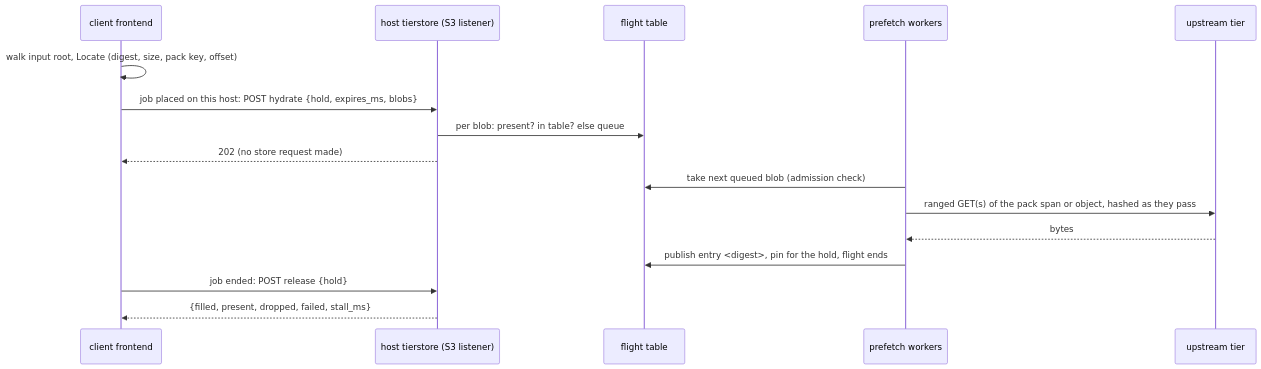
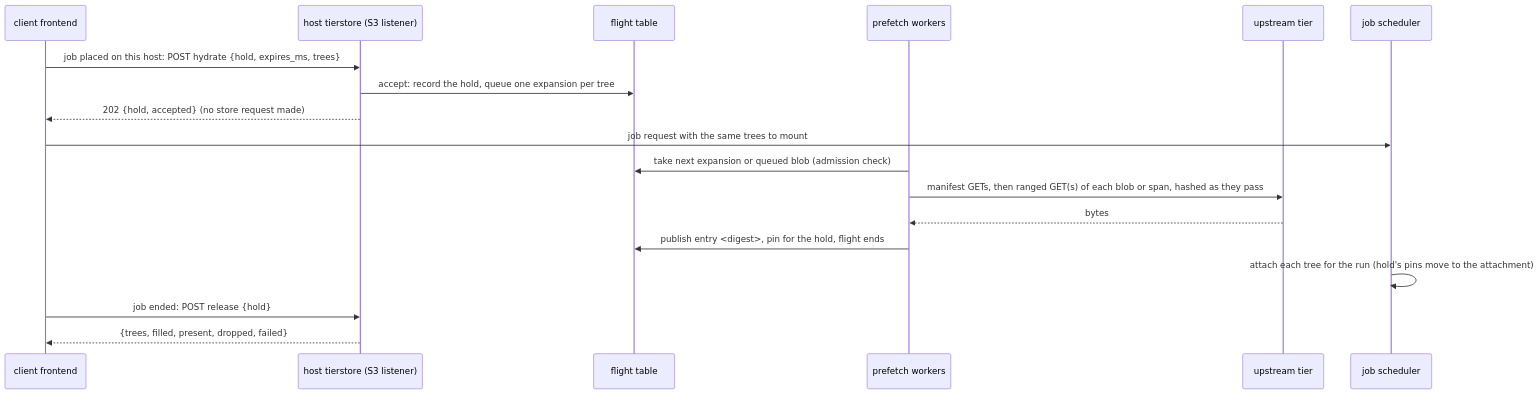
Before and after one commit to komira-ai/tierstore: the first of 6 diagrams in docs/design/prefetch-api.md, drawn with Mermaid. The commit also changed other lines of this file and 1 other file, not shown here.

First line of the commit message:
Prefetch design: the client sends the trees a job will mount; tierstore expands them, and the hold hands over to the attachment

````diff
--- a/docs/design/prefetch-api.md
+++ b/docs/design/prefetch-api.md
@@ -77,18 +118,20 @@
 ```mermaid
 sequenceDiagram
     participant F as client frontend
     participant H as host tierstore (S3 listener)
     participant T as flight table
     participant P as prefetch workers
     participant U as upstream tier
-    F->>F: walk input root, Locate (digest, size, pack key, offset)
-    F->>H: job placed on this host: POST hydrate {hold, expires_ms, blobs}
-    H->>T: per blob: present? in table? else queue
-    H-->>F: 202 (no store request made)
-    P->>T: take next queued blob (admission check)
-    P->>U: ranged GET(s) of the pack span or object, hashed as they pass
+    participant J as job scheduler
+    F->>H: job placed on this host: POST hydrate {hold, expires_ms, trees}
+    H->>T: accept: record the hold, queue one expansion per tree
+    H-->>F: 202 {hold, accepted} (no store request made)
+    F->>J: job request with the same trees to mount
+    P->>T: take next expansion or queued blob (admission check)
+    P->>U: manifest GETs, then ranged GET(s) of each blob or span, hashed as they pass
     U-->>P: bytes
     P->>T: publish entry <digest>, pin for the hold, flight ends
+    J->>J: attach each tree for the run (hold's pins move to the attachment)
     F->>H: job ended: POST release {hold}
-    H-->>F: {filled, present, dropped, failed, stall_ms}
+    H-->>F: {trees, filled, present, dropped, failed}
 ```
````
